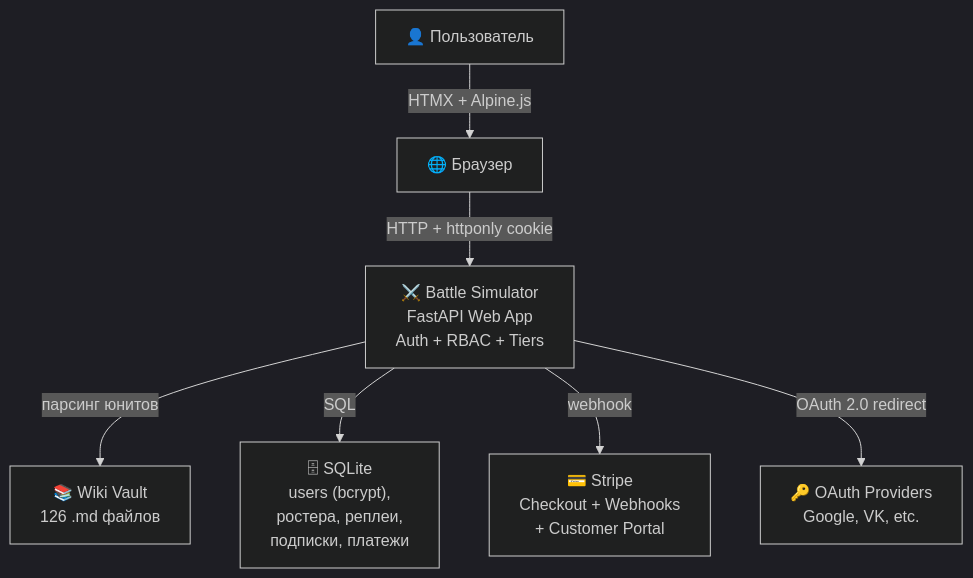
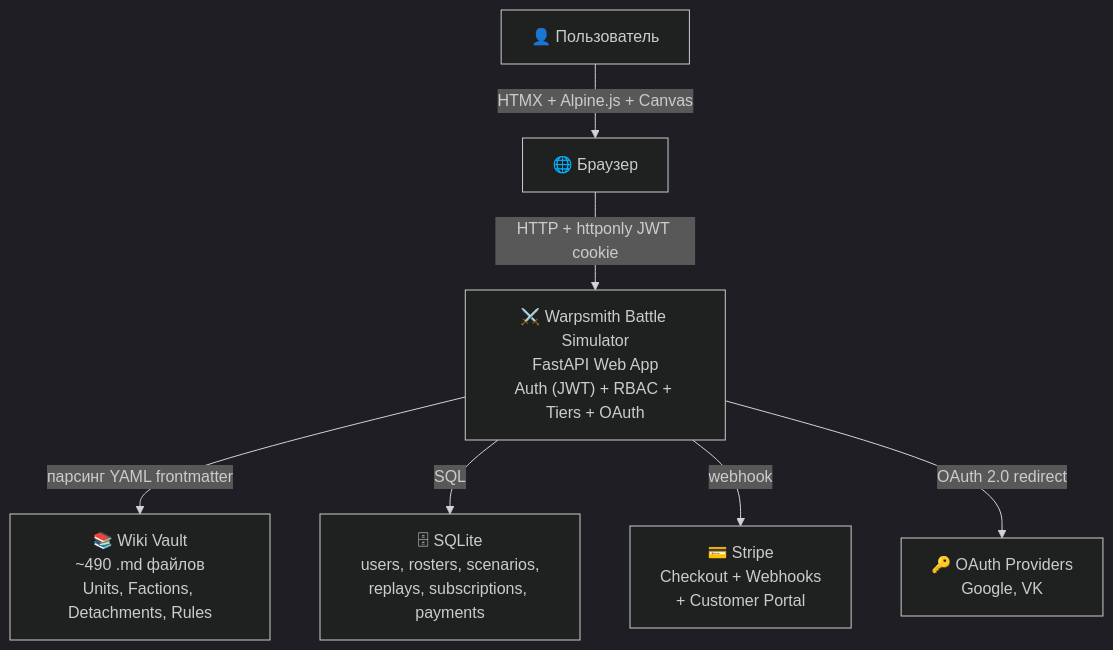
The first of 4 diagrams in docs/architecture/C4.md (fixemer90-stack/Warpsmith), drawn with Mermaid (dark theme) before and after one commit. The commit also changed other lines of this file and 6 other files, not shown here.

````diff
--- a/docs/architecture/C4.md
+++ b/docs/architecture/C4.md
@@ -18,17 +20,17 @@
 ```mermaid
 graph TD
     USER["👤 Пользователь"]
     BROWSER["🌐 Браузер"]
-    APP["⚔️ Battle Simulator<br/>FastAPI Web App<br/>Auth + RBAC + Tiers"]
-    WIKI["📚 Wiki Vault<br/>126 .md файлов"]
-    DB["🗄 SQLite<br/>users (bcrypt),<br/>ростера, реплеи,<br/>подписки, платежи"]
+    APP["⚔️ Warpsmith Battle Simulator<br/>FastAPI Web App<br/>Auth (JWT) + RBAC + Tiers + OAuth"]
+    WIKI["📚 Wiki Vault<br/>~490 .md файлов<br/>Units, Factions, Detachments, Rules"]
+    DB["🗄 SQLite<br/>users, rosters, scenarios,<br/>replays, subscriptions, payments"]
     STRIPE["💳 Stripe<br/>Checkout + Webhooks<br/>+ Customer Portal"]
-    OAUTH["🔑 OAuth Providers<br/>Google, VK, etc."]
+    OAUTH["🔑 OAuth Providers<br/>Google, VK"]
 
-    USER -->|HTMX + Alpine.js| BROWSER
-    BROWSER -->|HTTP + httponly cookie| APP
-    APP -->|парсинг юнитов| WIKI
+    USER -->|HTMX + Alpine.js + Canvas| BROWSER
+    BROWSER -->|HTTP + httponly JWT cookie| APP
+    APP -->|парсинг YAML frontmatter| WIKI
     APP -->|SQL| DB
     APP -->|webhook| STRIPE
     APP -->|OAuth 2.0 redirect| OAUTH
 ```
````
